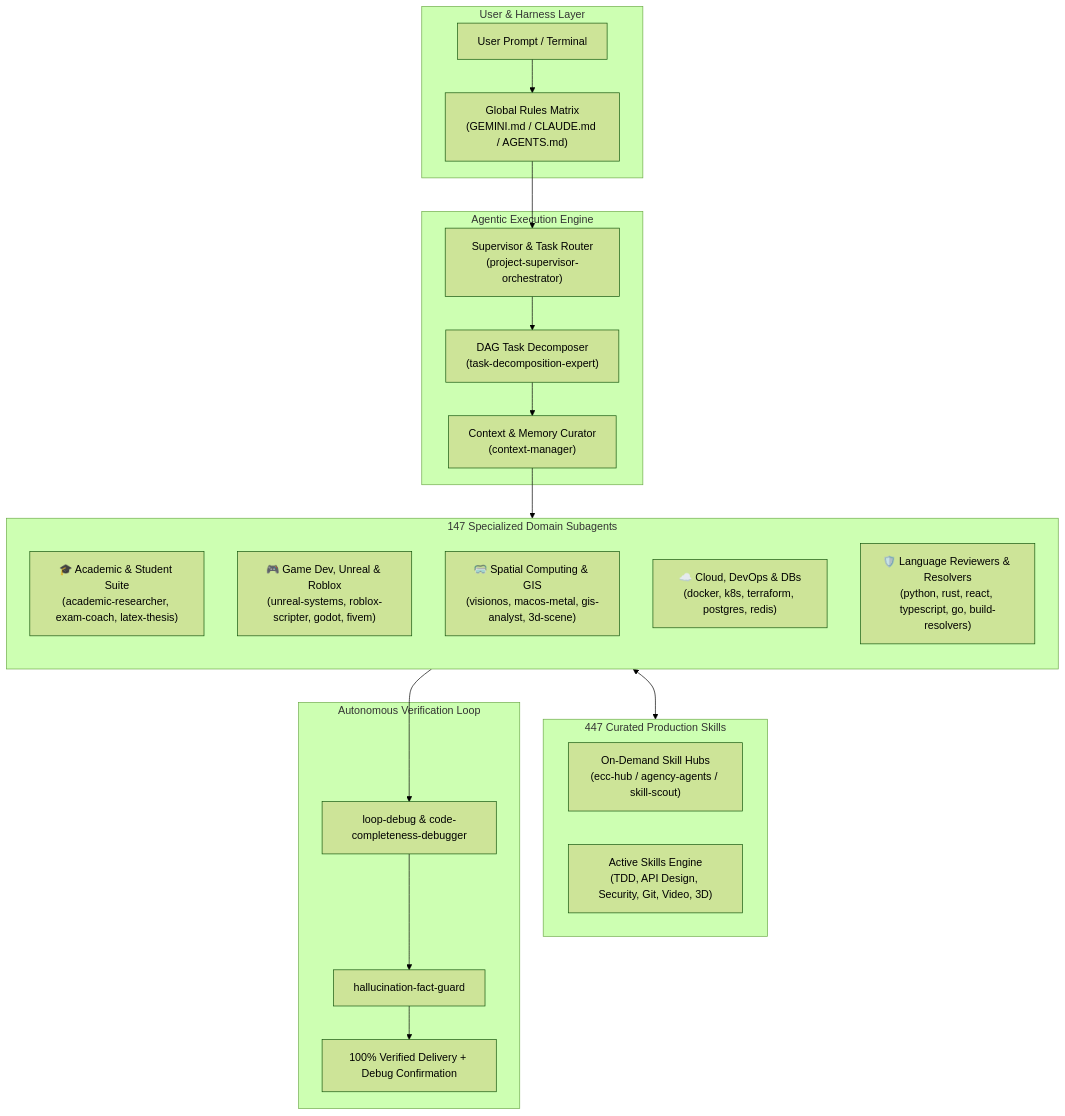
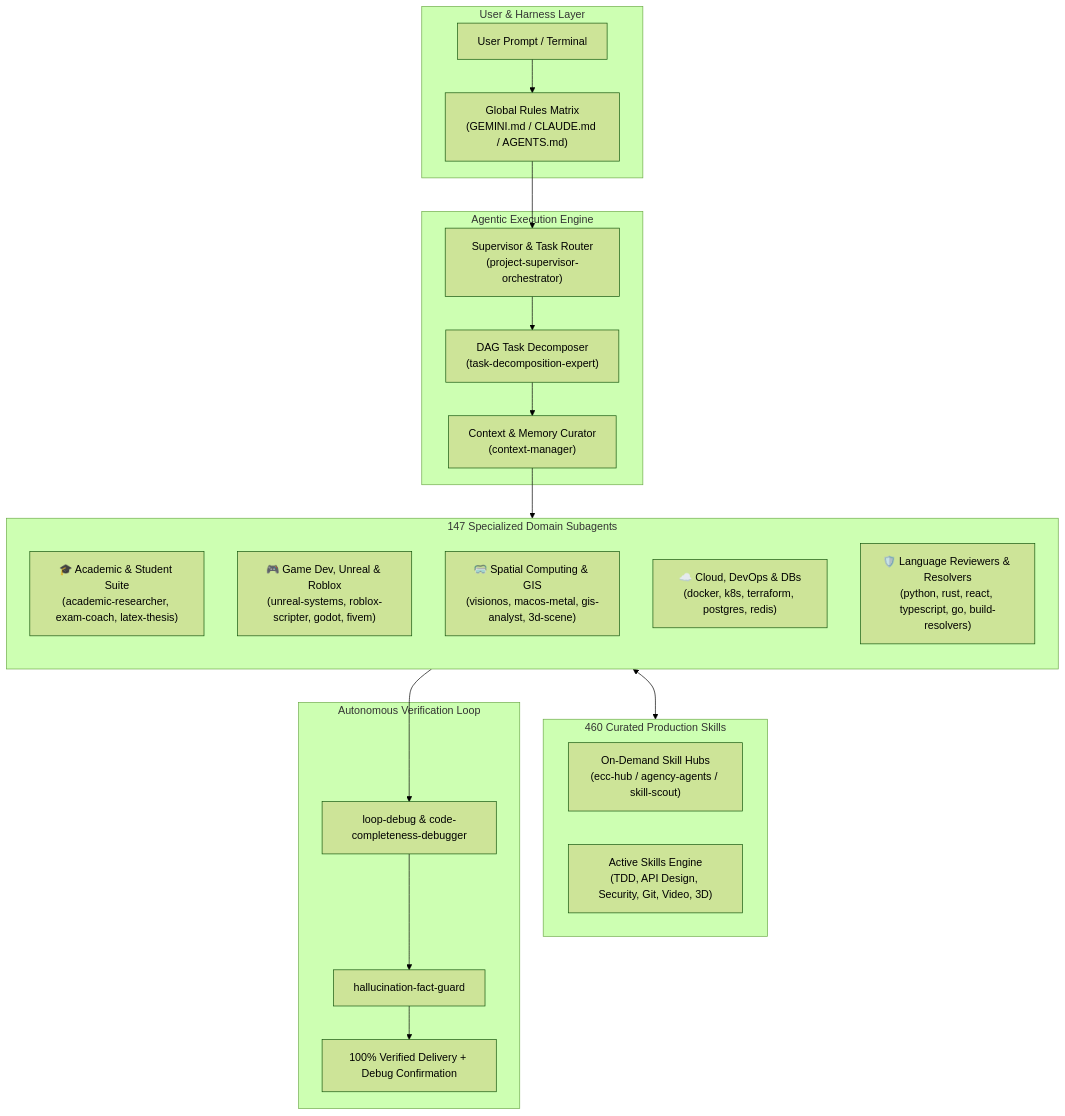
The diagram in README.md (Osama-Alzahrani-UQU/OmniAgentic), drawn with Mermaid (forest theme) before and after one commit. The commit also changed other lines of this file and 30 other files, not shown here.

````diff
--- a/README.md
+++ b/README.md
@@ -121,50 +129,50 @@
 ```mermaid
 flowchart TD
     subgraph UserInterface["User & Harness Layer"]
         CLI["User Prompt / Terminal"]
         Rules["Global Rules Matrix
 (GEMINI.md / CLAUDE.md / AGENTS.md)"]
     end
 
     subgraph CoreEngine["Agentic Execution Engine"]
         Supervisor["Supervisor & Task Router
 (project-supervisor-orchestrator)"]
         Decomposer["DAG Task Decomposer
 (task-decomposition-expert)"]
         ContextMgr["Context & Memory Curator
 (context-manager)"]
     end
 
     subgraph AgentFleet["147 Specialized Domain Subagents"]
         direction TB
         Academic["🎓 Academic & Student Suite
 (academic-researcher, exam-coach, latex-thesis)"]
         GameDev["🎮 Game Dev, Unreal & Roblox
 (unreal-systems, roblox-scripter, godot, fivem)"]
         Spatial["🥽 Spatial Computing & GIS
 (visionos, macos-metal, gis-analyst, 3d-scene)"]
         CloudDB["☁️ Cloud, DevOps & DBs
 (docker, k8s, terraform, postgres, redis)"]
         CodeReview["🛡️ Language Reviewers & Resolvers
 (python, rust, react, typescript, go, build-resolvers)"]
     end
 
-    subgraph SkillsMatrix["447 Curated Production Skills"]
+    subgraph SkillsMatrix["460 Curated Production Skills"]
         SkillsHub["On-Demand Skill Hubs
 (ecc-hub / agency-agents / skill-scout)"]
         ActiveSkills["Active Skills Engine
 (TDD, API Design, Security, Git, Video, 3D)"]
     end
 
     subgraph QualityGate["Autonomous Verification Loop"]
         Verifier["loop-debug & code-completeness-debugger"]
         FactGuard["hallucination-fact-guard"]
         Delivery["100% Verified Delivery + Debug Confirmation"]
     end
 
     CLI --> Rules --> Supervisor
     Supervisor --> Decomposer --> ContextMgr
     ContextMgr --> AgentFleet
     AgentFleet <--> SkillsMatrix
     AgentFleet --> Verifier --> FactGuard --> Delivery
 ```
````
